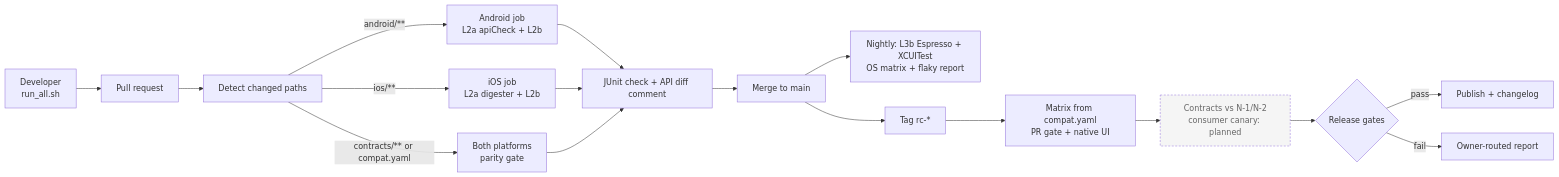
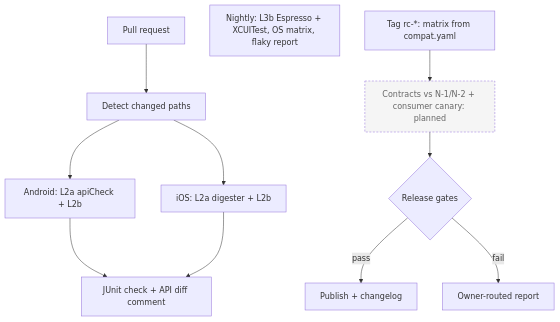
One commit to ricardorlg/sdk-qa-assignment changed the diagram in docs/FINAL_DELIVERABLE.md. Above: the diagram before and after it, drawn with Mermaid. The commit also changed other lines of this file and 17 other files, not shown here.

Commit message:
Address audit: strict L2b without retries, non-JSON parity fix, honest docs, diagrams

````diff
--- a/docs/FINAL_DELIVERABLE.md
+++ b/docs/FINAL_DELIVERABLE.md
@@ -301,21 +292,15 @@
 ```mermaid
-flowchart LR
-  DEV[Developer<br/>run_all.sh] --> PR[Pull request]
-  PR --> P[Detect changed paths]
-  P -->|android/**| AND[Android job<br/>L2a apiCheck + L2b]
-  P -->|ios/**| IOS[iOS job<br/>L2a digester + L2b]
-  P -->|contracts/** or compat.yaml| BOTH[Both platforms<br/>parity gate]
+flowchart TD
+  PR[Pull request] --> P[Detect changed paths]
+  P --> AND[Android: L2a apiCheck + L2b]
+  P --> IOS[iOS: L2a digester + L2b]
   AND --> REP[JUnit check + API diff comment]
   IOS --> REP
-  BOTH --> REP
-  REP --> M[Merge to main]
-  M --> N[Nightly: L3b Espresso + XCUITest<br/>OS matrix + flaky report]
-  M --> RC[Tag rc-*]
-  RC --> X[Matrix from compat.yaml<br/>PR gate + native UI]
-  X --> K[Contracts vs N-1/N-2<br/>consumer canary: planned]
+  N[Nightly: L3b Espresso + XCUITest, OS matrix, flaky report]
+  RC[Tag rc-*: matrix from compat.yaml] --> K[Contracts vs N-1/N-2 + consumer canary: planned]
   K --> G{Release gates}
   G -->|pass| R[Publish + changelog]
   G -->|fail| F[Owner-routed report]
   classDef planned stroke-dasharray: 4 3,fill:#f5f5f5,color:#666
   class K planned
 ```
````
